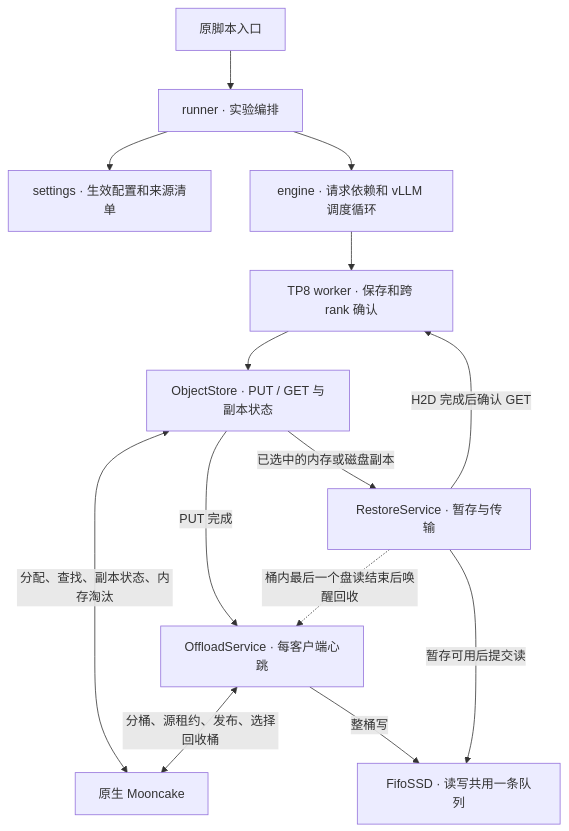
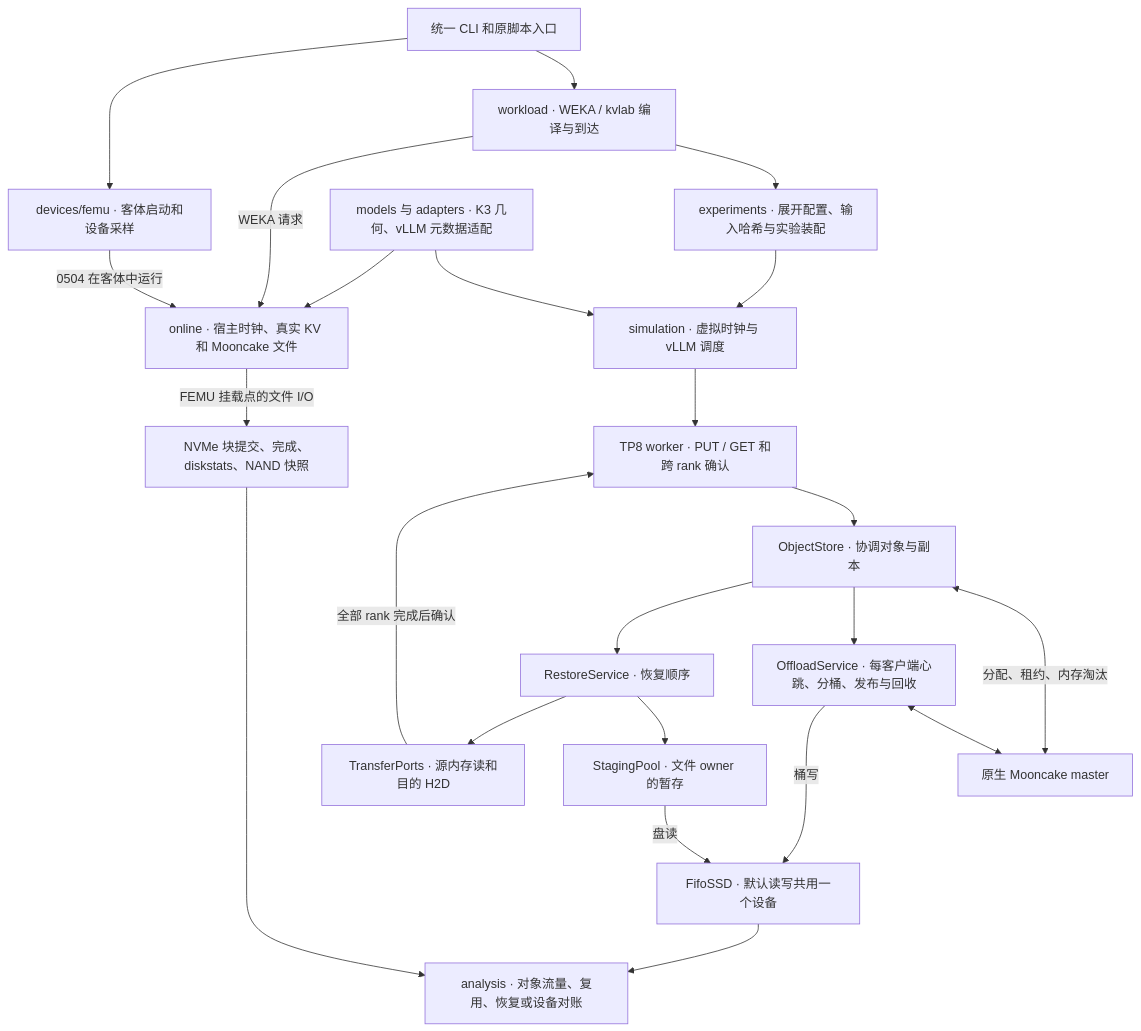
The diagram in docs/05-对象回放与外推/对象回放器重构方案与执行记录.md (Plus-Yu/kv-ssd-sim), drawn with Mermaid before and after one commit. The commit also changed other lines of this file and 8 other files, not shown here.

````diff
--- a/docs/05-对象回放与外推/对象回放器重构方案与执行记录.md
+++ b/docs/05-对象回放与外推/对象回放器重构方案与执行记录.md
@@ -85,16 +113,25 @@
 ```mermaid
 flowchart TD
-    CLI["原脚本入口"] --> Runner["runner · 实验编排"]
-    Runner --> Settings["settings · 生效配置和来源清单"]
-    Runner --> Engine["engine · 请求依赖和 vLLM 调度循环"]
-    Engine --> Worker["TP8 worker · 保存和跨 rank 确认"]
-    Worker --> Store["ObjectStore · PUT / GET 与副本状态"]
-    Store <-->|分配、查找、副本状态、内存淘汰| Master["原生 Mooncake"]
-    Store -->|PUT 完成| Offload["OffloadService · 每客户端心跳"]
-    Offload <-->|分桶、源租约、发布、选择回收桶| Master
-    Offload -->|整桶写| SSD["FifoSSD · 读写共用一条队列"]
-    Store -->|已选中的内存或磁盘副本| Restore["RestoreService · 暂存与传输"]
-    Restore -->|暂存可用后提交读| SSD
-    Restore -.->|桶内最后一个盘读结束后唤醒回收| Offload
-    Restore -->|H2D 完成后确认 GET| Worker
+    CLI["统一 CLI 和原脚本入口"] --> Input["workload · WEKA / kvlab 编译与到达"]
+    Input --> Run["experiments · 展开配置、输入哈希与实验装配"]
+    Run --> Sim["simulation · 虚拟时钟与 vLLM 调度"]
+    Input -->|WEKA 请求| Live["online · 宿主时钟、真实 KV 和 Mooncake 文件"]
+    CLI --> Guest["devices/femu · 客体启动和设备采样"]
+    Common["models 与 adapters · K3 几何、vLLM 元数据适配"] --> Sim
+    Common --> Live
+    Sim --> Worker["TP8 worker · PUT / GET 和跨 rank 确认"]
+    Worker --> Store["ObjectStore · 协调对象与副本"]
+    Store <-->|分配、租约、内存淘汰| Master["原生 Mooncake master"]
+    Store --> Offload["OffloadService · 每客户端心跳、分桶、发布与回收"]
+    Offload <--> Master
+    Offload -->|桶写| Device["FifoSSD · 默认读写共用一个设备"]
+    Store --> Restore["RestoreService · 恢复顺序"]
+    Restore --> Stage["StagingPool · 文件 owner 的暂存"]
+    Stage -->|盘读| Device
+    Restore --> Ports["TransferPorts · 源内存读和目的 H2D"]
+    Ports -->|全部 rank 完成后确认| Worker
+    Guest -->|0504 在客体中运行| Live
+    Live -->|FEMU 挂载点的文件 I/O| Physical["NVMe 块提交、完成、diskstats、NAND 快照"]
+    Device --> Analysis["analysis · 对象流量、复用、恢复或设备对账"]
+    Physical --> Analysis
 ```
````
